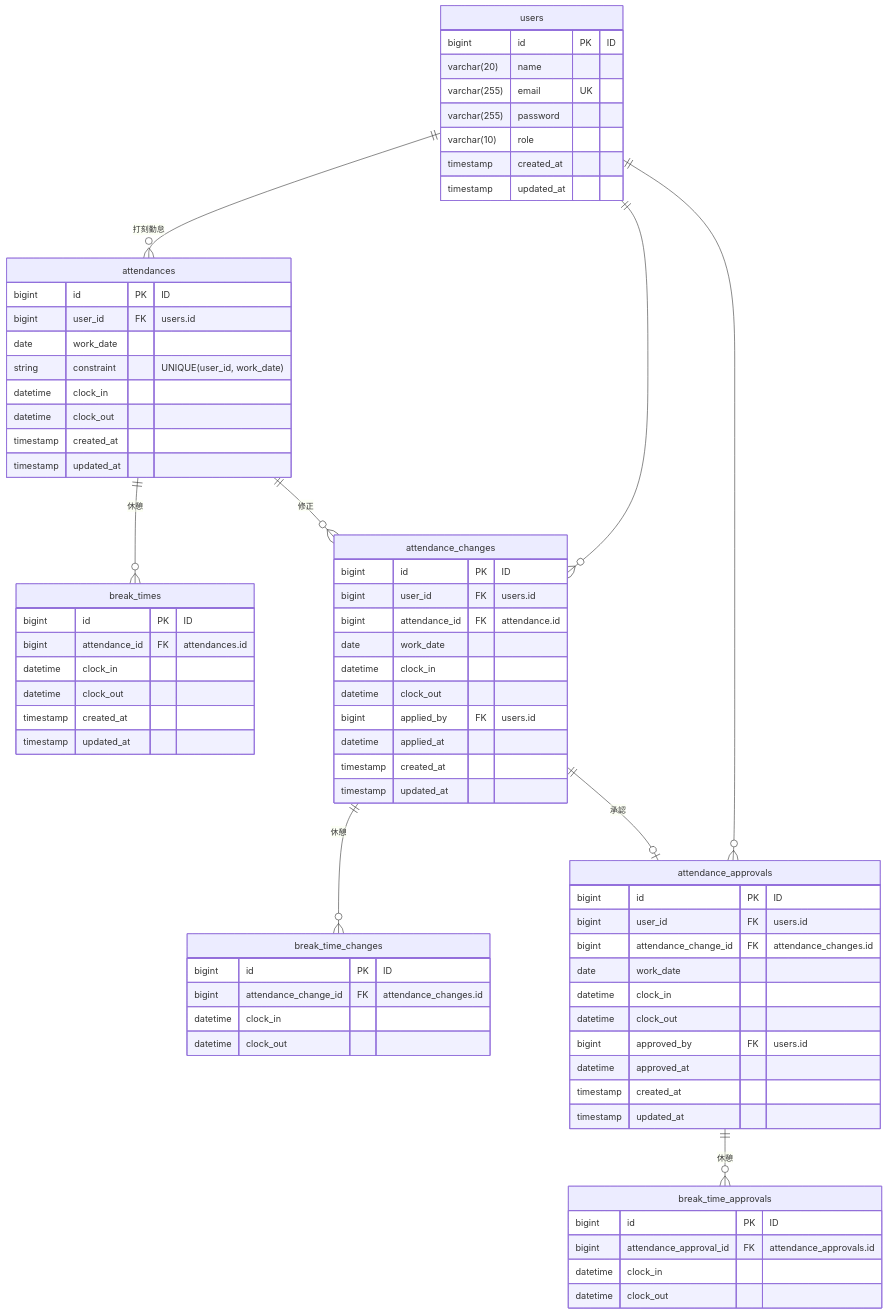
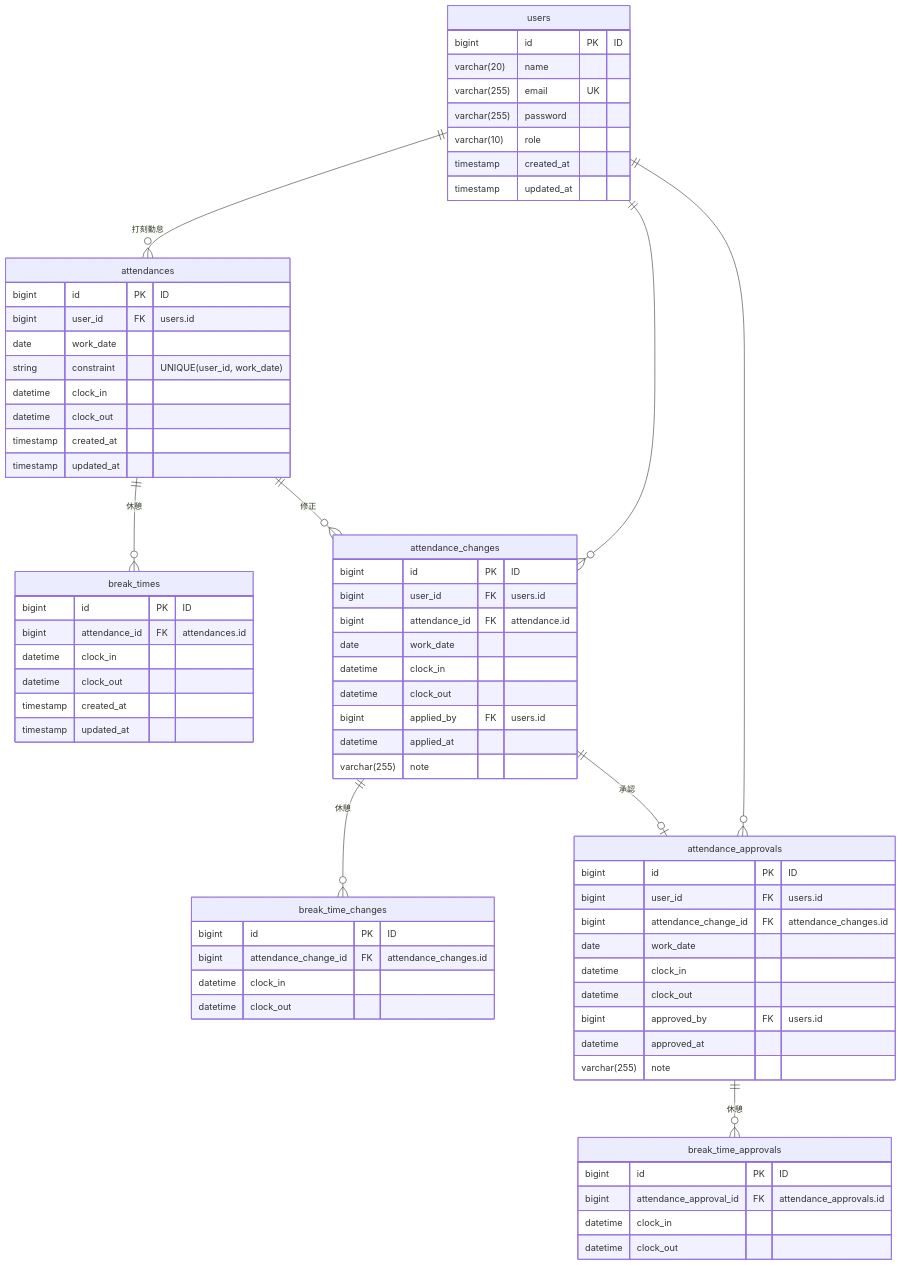
The diagram in erd.md (nozomishibutani/worklog-project), drawn with Mermaid before and after one commit. The commit also changed 3 other files, not shown here.

Commit message:
修正：ER図

```diff
--- a/erd.md
+++ b/erd.md
@@ -49,8 +49,7 @@
         datetime clock_out
         bigint applied_by FK "users.id"
         datetime applied_at
-        timestamp created_at
-        timestamp updated_at
+        varchar(255) note
     }
 
      attendance_changes ||--o{ break_time_changes : "休憩"
@@ -73,8 +72,7 @@
         datetime clock_out
         bigint approved_by FK "users.id"
         datetime approved_at
-        timestamp created_at
-        timestamp updated_at
+        varchar(255) note
     }
 
     attendance_approvals ||--o{ break_time_approvals : "休憩"
```
